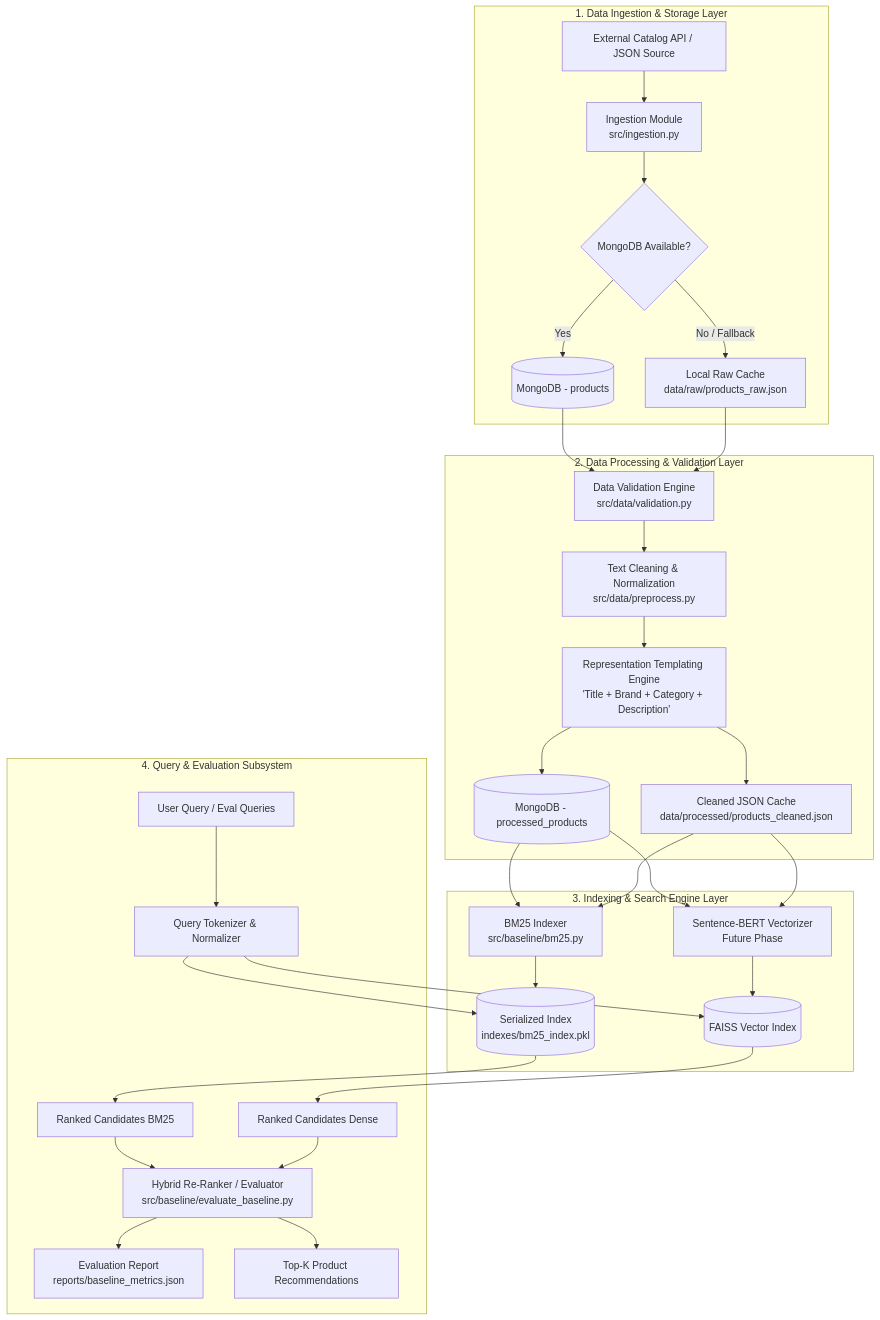
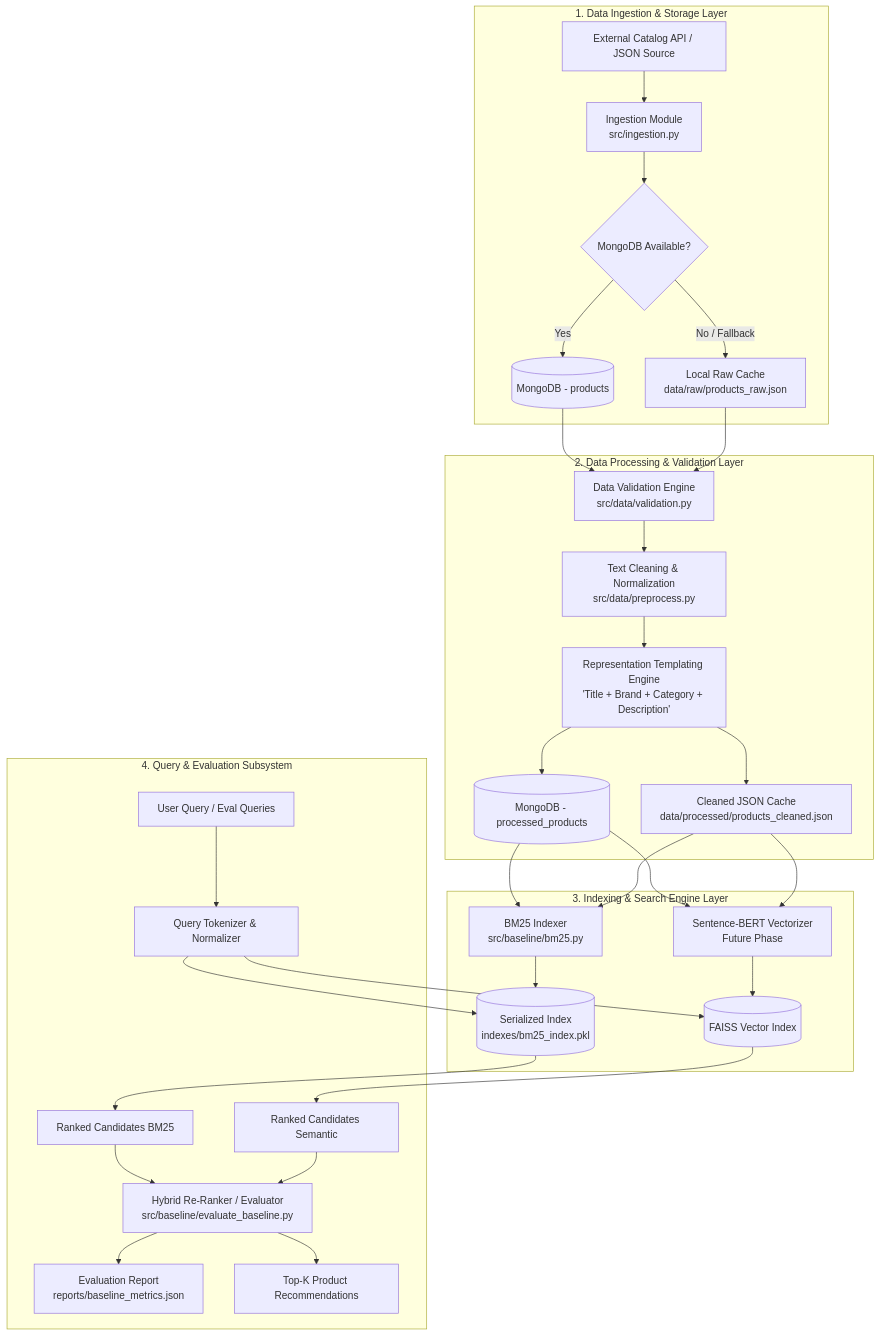
The first of 2 diagrams in README.md (Arpitm544/Semantic-Product-Search-Engine), drawn with Mermaid before and after one commit. The commit also changed other lines of this file and 12 other files, not shown here.

Commit message:
Rename dense search package to semantic

````diff
--- a/README.md
+++ b/README.md
@@ -44,35 +44,35 @@
 ```mermaid
 flowchart TD
     subgraph Data_Ingestion_Layer["1. Data Ingestion & Storage Layer"]
         A[External Catalog API / JSON Source] --> B[Ingestion Module\nsrc/ingestion.py]
         B --> C{MongoDB Available?}
         C -- Yes --> D[(MongoDB - products)]
         C -- No / Fallback --> E[Local Raw Cache\ndata/raw/products_raw.json]
     end
 
     subgraph Preprocessing_Layer["2. Data Processing & Validation Layer"]
         D & E --> F[Data Validation Engine\nsrc/data/validation.py]
         F --> G[Text Cleaning & Normalization\nsrc/data/preprocess.py]
         G --> H[Representation Templating Engine\n'Title + Brand + Category + Description']
         H --> I[(MongoDB - processed_products)]
         H --> J[Cleaned JSON Cache\ndata/processed/products_cleaned.json]
     end
 
     subgraph Indexing_Layer["3. Indexing & Search Engine Layer"]
         I & J --> K[BM25 Indexer\nsrc/baseline/bm25.py]
         I & J --> L[Sentence-BERT Vectorizer\nFuture Phase]
         K --> M[(Serialized Index\nindexes/bm25_index.pkl)]
         L --> N[(FAISS Vector Index)]
     end
 
     subgraph Query_Serving_Layer["4. Query & Evaluation Subsystem"]
         O[User Query / Eval Queries] --> P[Query Tokenizer & Normalizer]
         P --> M
         P --> N
         M --> Q[Ranked Candidates BM25]
-        N --> R[Ranked Candidates Dense]
+        N --> R[Ranked Candidates Semantic]
         Q & R --> S[Hybrid Re-Ranker / Evaluator\nsrc/baseline/evaluate_baseline.py]
         S --> T[Evaluation Report\nreports/baseline_metrics.json]
         S --> U[Top-K Product Recommendations]
     end
 ```
````
